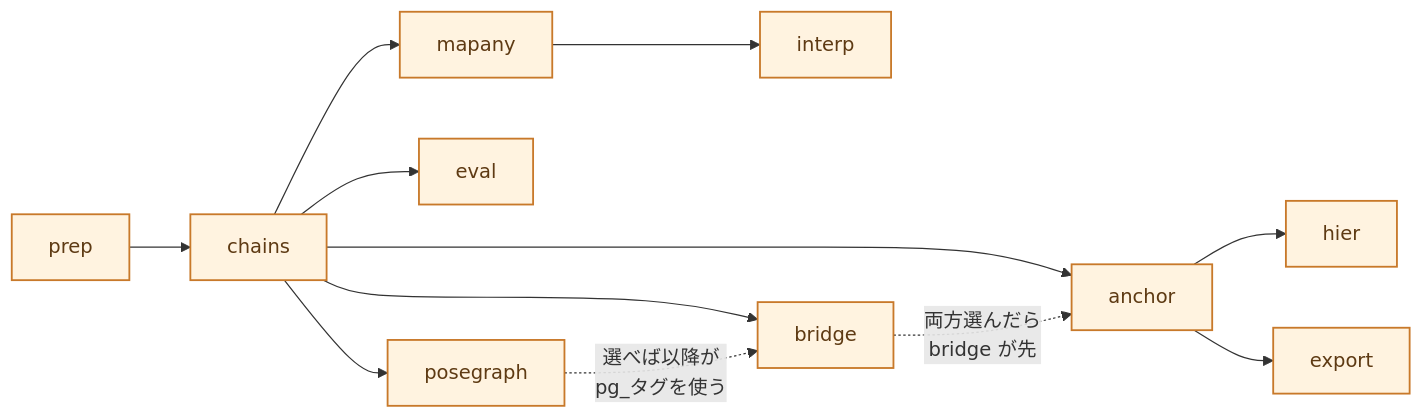
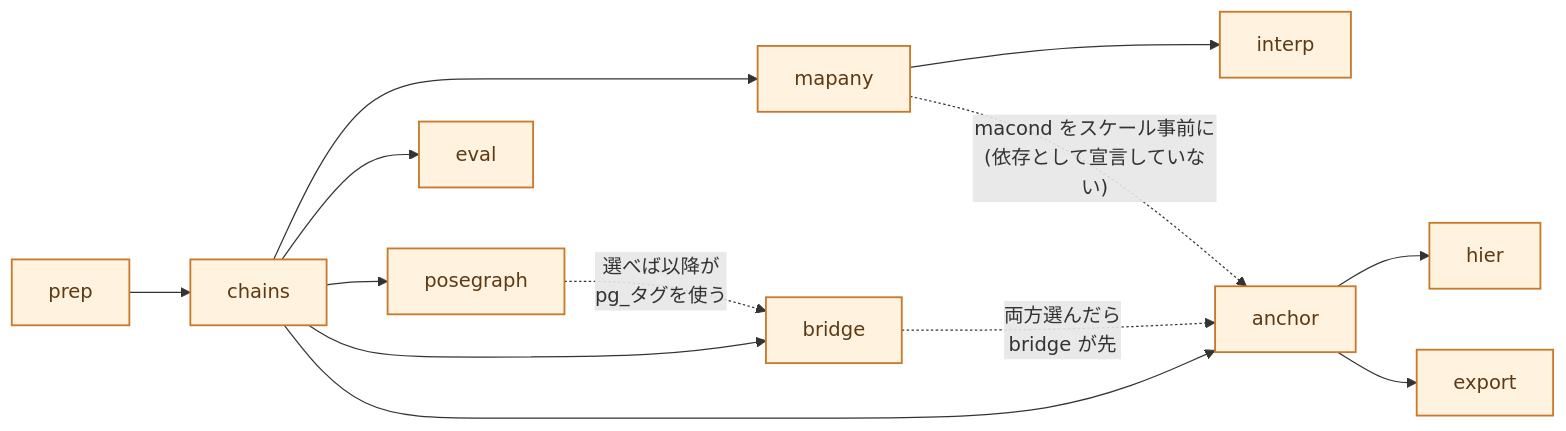
The second of 2 diagrams in recon3d/PIPELINE.md (SoftRoid-Inc/reconstruction3d_experimental), drawn with Mermaid before and after one commit. The commit also changed other lines of this file and 3 other files, not shown here.

````diff
--- a/recon3d/PIPELINE.md
+++ b/recon3d/PIPELINE.md
@@ -129,15 +172,16 @@
 ```mermaid
 flowchart LR
     prep["prep"]:::proc --> chains["chains"]:::proc
     chains --> pg["posegraph"]:::proc
     chains --> eval["eval"]:::proc
     chains --> mapany["mapany"]:::proc --> interp["interp"]:::proc
     chains --> bridge["bridge"]:::proc
     chains --> anchor["anchor"]:::proc
     pg -.->|選べば以降が<br/>pg_タグを使う| bridge
     bridge -.->|両方選んだら<br/>bridge が先| anchor
+    mapany -. "macond をスケール事前に<br/>(依存として宣言していない)" .-> anchor
     anchor --> hier["hier"]:::proc
     anchor --> export["export"]:::proc
 
     classDef proc fill:#fff3e0,stroke:#c8792a,stroke-width:1.5px,color:#5e3a13
 ```
````
